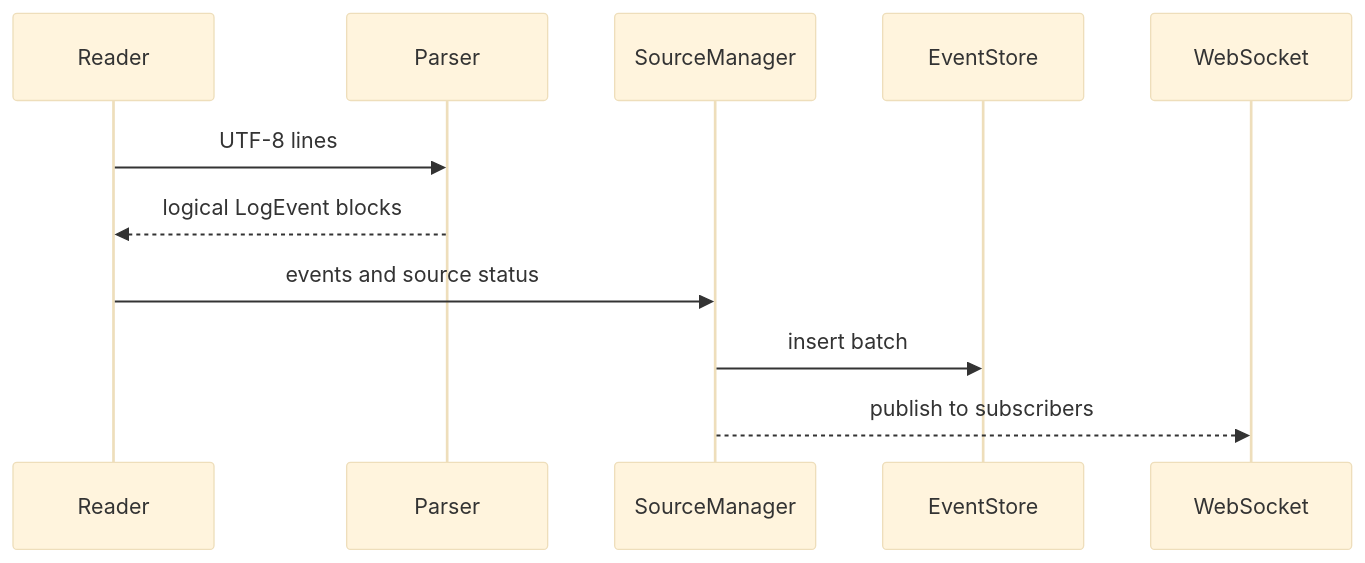
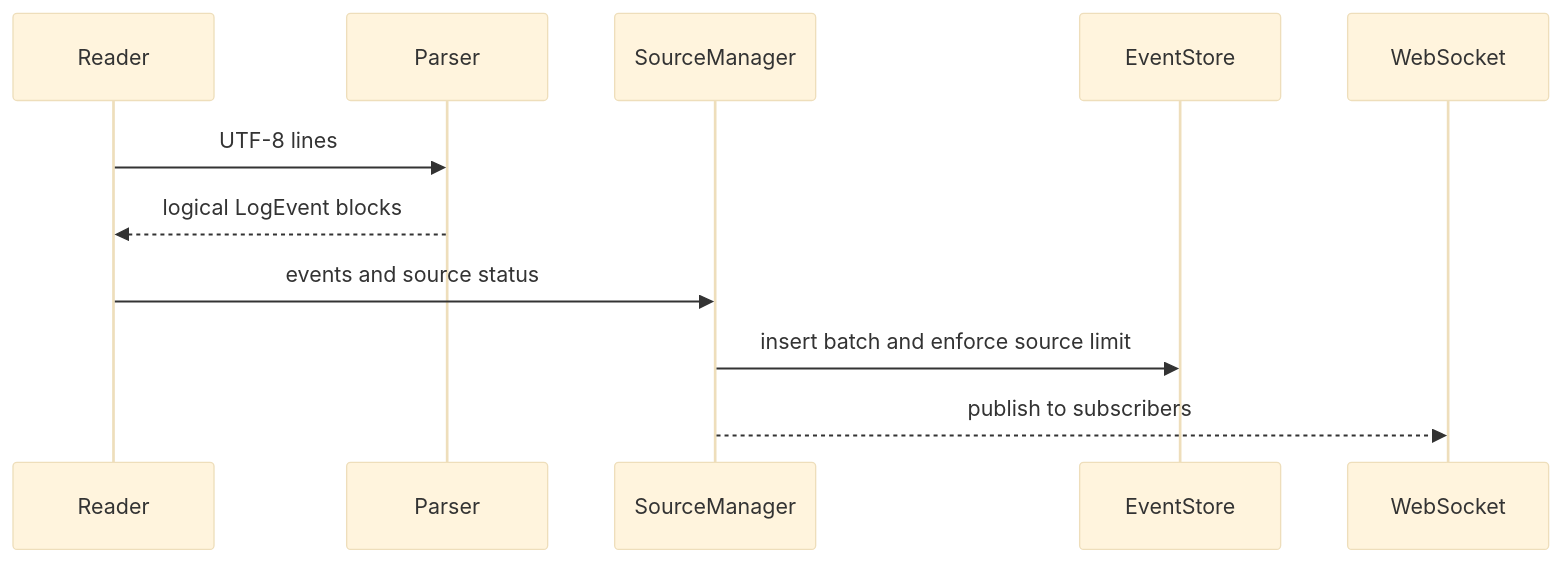
The second of 2 diagrams in docs/ARCHITECTURE.md (DanGiun/log-monitor), drawn with Mermaid (base theme) before and after one commit. The commit also changed other lines of this file and 14 other files, not shown here.

````diff
--- a/docs/ARCHITECTURE.md
+++ b/docs/ARCHITECTURE.md
@@ -41,13 +41,13 @@
 ```mermaid
 sequenceDiagram
     participant R as Reader
     participant P as Parser
     participant M as SourceManager
     participant S as EventStore
     participant W as WebSocket
     R->>P: UTF-8 lines
     P-->>R: logical LogEvent blocks
     R->>M: events and source status
-    M->>S: insert batch
+    M->>S: insert batch and enforce source limit
     M-->>W: publish to subscribers
 ```
````
